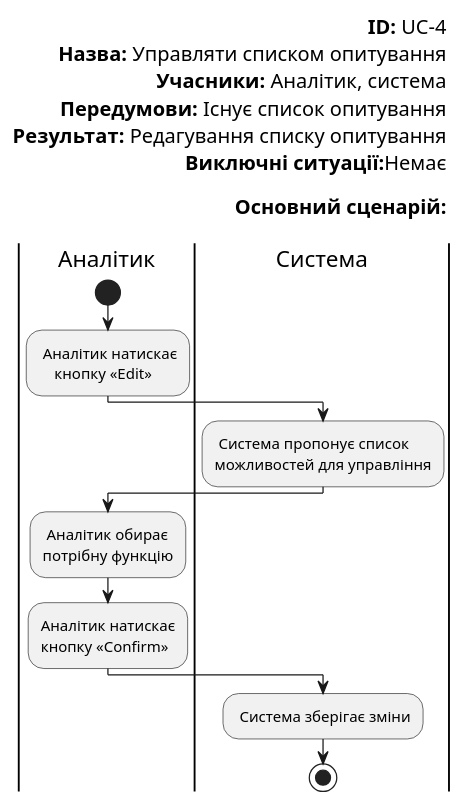
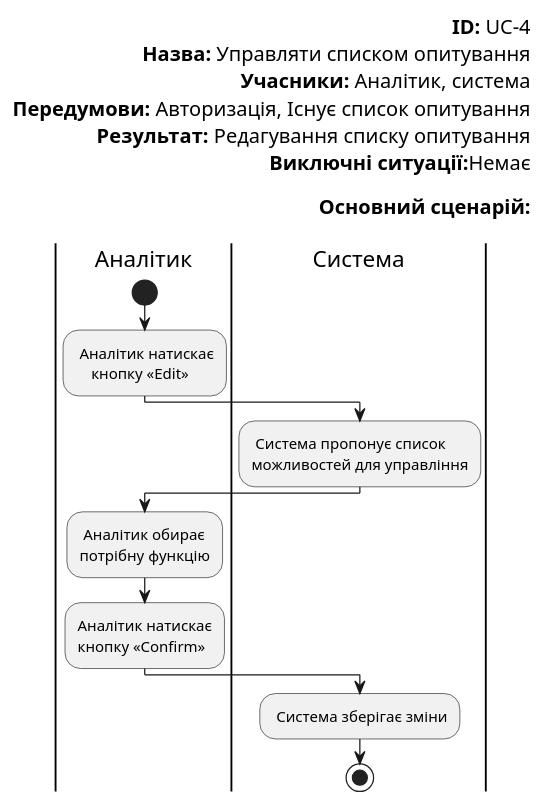
The sixth of 14 diagrams in docs/use cases/README.md (JenyaFTW/expert-management-system), drawn with PlantUML before and after one commit. The commit also changed other lines of this file, not shown here.

```diff
--- a/docs/use cases/README.md
+++ b/docs/use cases/README.md
@@ -235,38 +235,38 @@
 @startuml
 
     left header
         <font color=000 size=16><b>ID:</b> UC-4
         <font color=000 size=16><b>Назва:</b> Управляти списком опитування
         <font color=000 size=16><b>Учасники:</b> Аналітик, система
-        <font color=000 size=16><b>Передумови:</b> Існує список опитування
+        <font color=000 size=16><b>Передумови:</b> Авторизація, Існує список опитування
         <font color=000 size=16><b>Результат:</b> Редагування списку опитування
         <font color=000 size=16><b>Виключні ситуації:</b><font color=000 size=16>Немає
         
         <font color=000 size=16><b>Основний сценарій:</b>
         
     end header
 
     |Аналітик|
         start
         : Аналітик натискає 
             кнопку «Edit»;
 
     |Система|
         : Система пропонує список 
         можливостей для управління;
         
     |Аналітик|
  
         : Аналітик обирає 
         потрібну функцію;
         
         :Аналітик натискає 
         кнопку «Confirm»;
     
     |Система|
         : Система зберігає зміни;
     
     |Система|
         stop;
 
 @enduml
```
